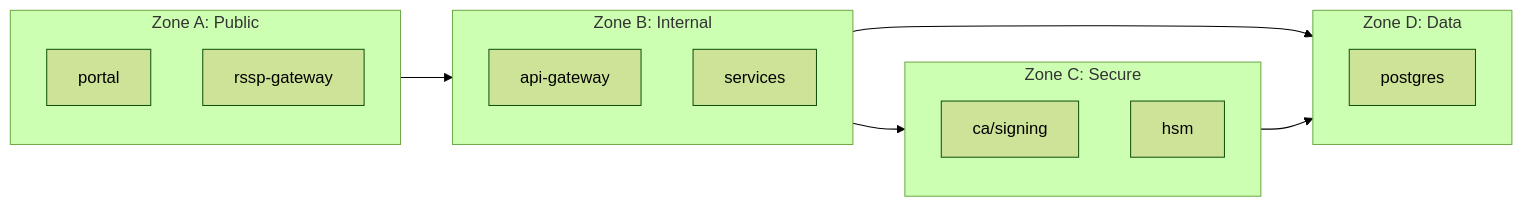
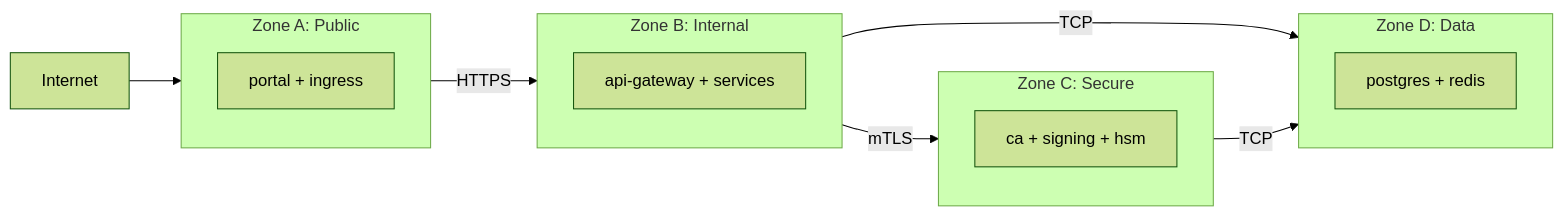
The second of 2 diagrams in docs/architecture.md (LVy-H/Crypto-Final-Public-Administration), drawn with Mermaid (forest theme) before and after one commit. The commit also changed other lines of this file and 1 other file, not shown here.

First line of the commit message:
docs: comprehensive architecture and API reference rewrite

````diff
--- a/docs/architecture.md
+++ b/docs/architecture.md
@@ -96,30 +112,24 @@
 ```mermaid
 flowchart LR
     subgraph Z1["Zone A: Public"]
-        direction TB
-        P1[portal]
-        P2[rssp-gateway]
+        P[portal + ingress]
     end
 
     subgraph Z2["Zone B: Internal"]
-        direction TB
-        I1[api-gateway]
-        I2[services]
+        I[api-gateway + services]
     end
 
     subgraph Z3["Zone C: Secure"]
-        direction TB
-        S1[ca/signing]
-        S2[hsm]
+        S[ca + signing + hsm]
     end
 
     subgraph Z4["Zone D: Data"]
-        direction TB
-        D1[postgres]
+        D[postgres + redis]
     end
 
-    Z1 --> Z2
-    Z2 --> Z3
-    Z2 --> Z4
-    Z3 --> Z4
+    Internet --> Z1
+    Z1 -->|"HTTPS"| Z2
+    Z2 -->|"mTLS"| Z3
+    Z2 -->|"TCP"| Z4
+    Z3 -->|"TCP"| Z4
 ```
````
